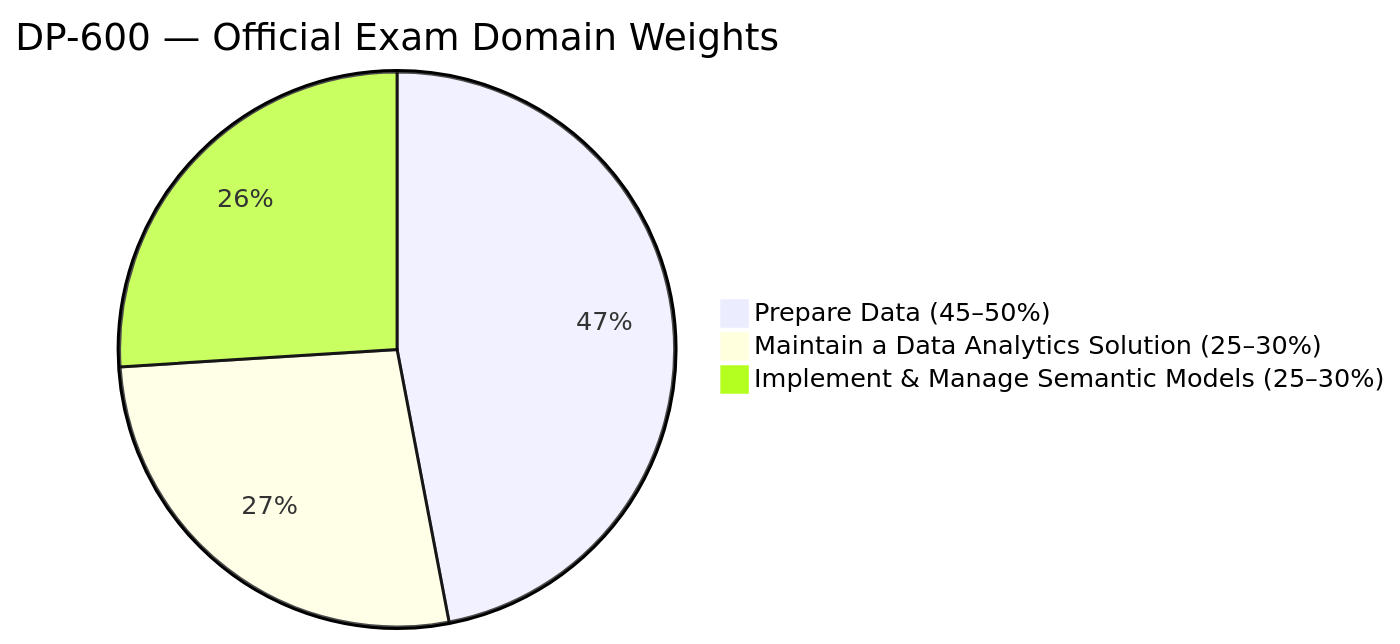
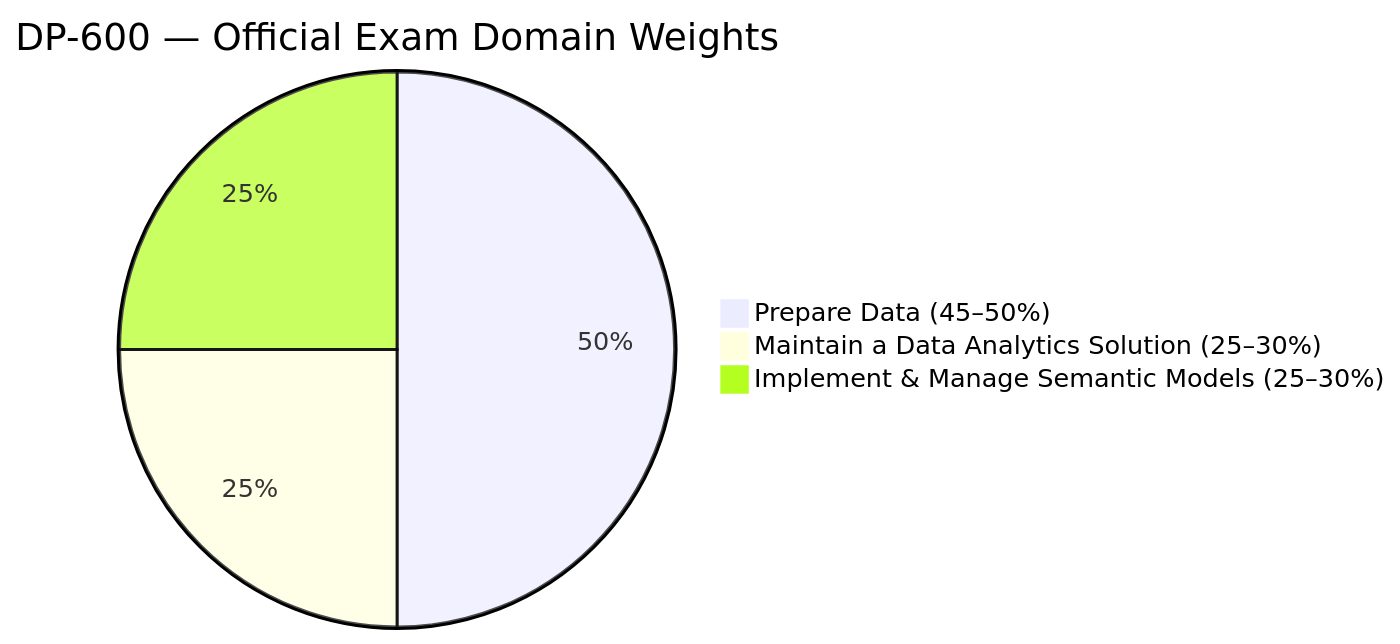
One commit to marcogrimaldi29/dp-600-study-notes changed the first of 2 diagrams in index.md. Above: the diagram before and after it, drawn with Mermaid. The commit also changed other lines of this file and 7 other files, not shown here.

Commit message:
Updated nav, absolute URLs and Mermaid pie format

````diff
--- a/index.md
+++ b/index.md
@@ -44,6 +44,6 @@
 ```mermaid
 pie title DP-600 — Official Exam Domain Weights
-    " Prepare Data (45–50%)" : 47
-    " Maintain a Data Analytics Solution (25–30%)" : 27
-    " Implement & Manage Semantic Models (25–30%)" : 26
+    " Prepare Data (45–50%)" : 50
+    " Maintain a Data Analytics Solution (25–30%)" : 25
+    " Implement & Manage Semantic Models (25–30%)" : 25
 ```
````
